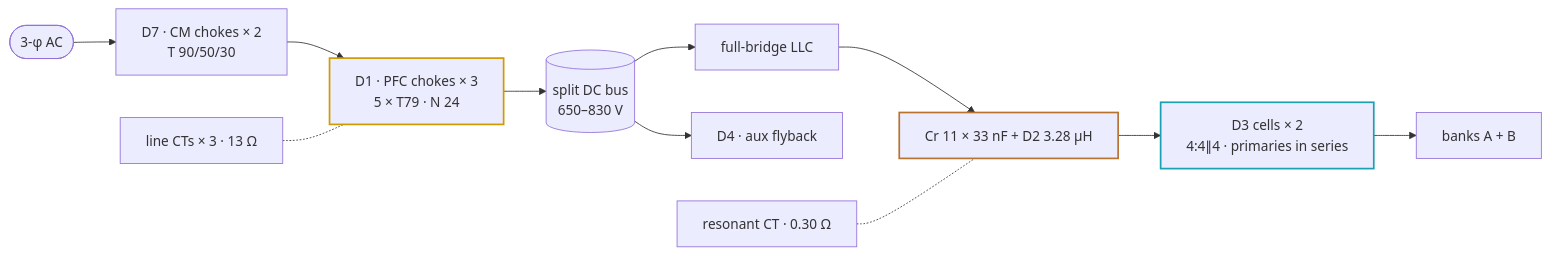
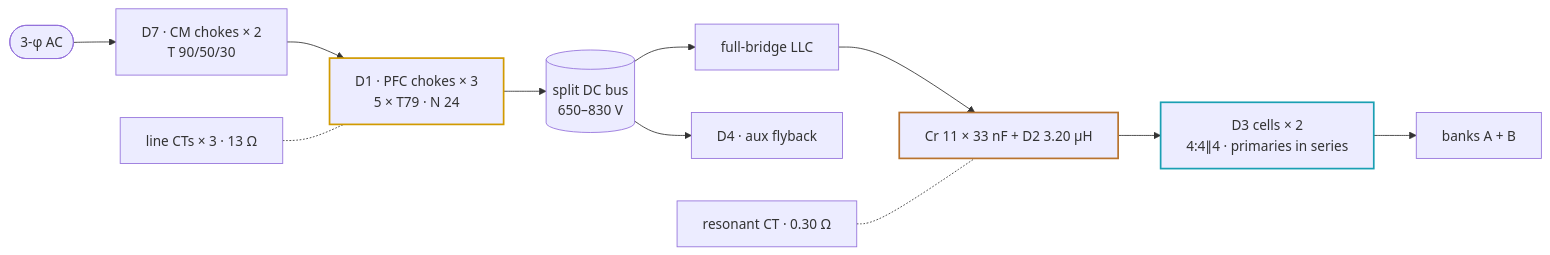
Before and after one commit to vectivolt/DC-Modules: the diagram in docs/magnetics-50kw.md, drawn with Mermaid. The commit also changed other lines of this file and 338 other files, not shown here.

````diff
--- a/docs/magnetics-50kw.md
+++ b/docs/magnetics-50kw.md
@@ -35,12 +35,12 @@
 ```mermaid
 flowchart LR
   AC(["3-φ AC"]) --> D7["D7 · CM chokes × 2<br/>T 90/50/30"] --> D1["D1 · PFC chokes × 3<br/>5 × T79 · N 24"]
   D1 --> BUS[("split DC bus<br/>650–830 V")]
-  BUS --> FB["full-bridge LLC"] --> TANK["Cr 11 × 33 nF + D2 3.28 µH"] --> D3["D3 cells × 2<br/>4:4∥4 · primaries in series"] --> BK["banks A + B"]
+  BUS --> FB["full-bridge LLC"] --> TANK["Cr 11 × 33 nF + D2 3.20 µH"] --> D3["D3 cells × 2<br/>4:4∥4 · primaries in series"] --> BK["banks A + B"]
   BUS --> D4["D4 · aux flyback"]
   LCT["line CTs × 3 · 13 Ω"] -.- D1
   RCT["resonant CT · 0.30 Ω"] -.- TANK
   style D1 stroke:#d19a00,stroke-width:2px
   style D3 stroke:#1a9fb3,stroke-width:2px
   style TANK stroke:#b8732e,stroke-width:2px
 ```
````
